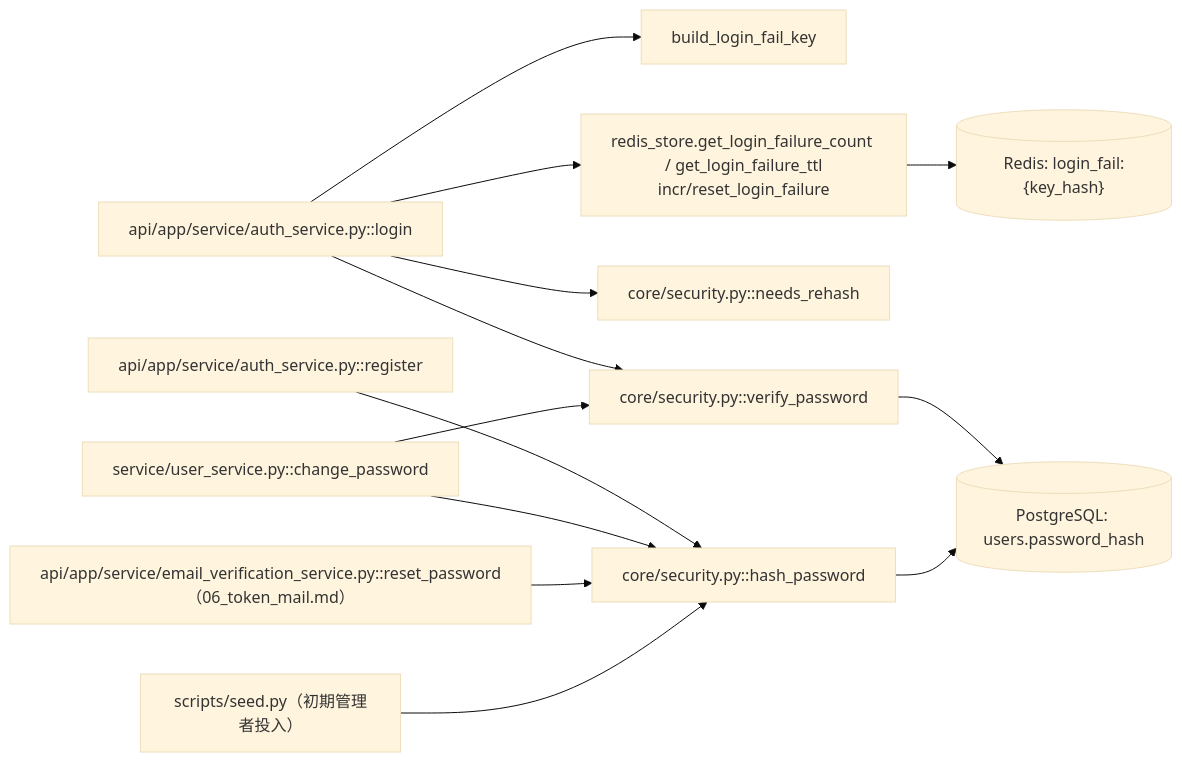
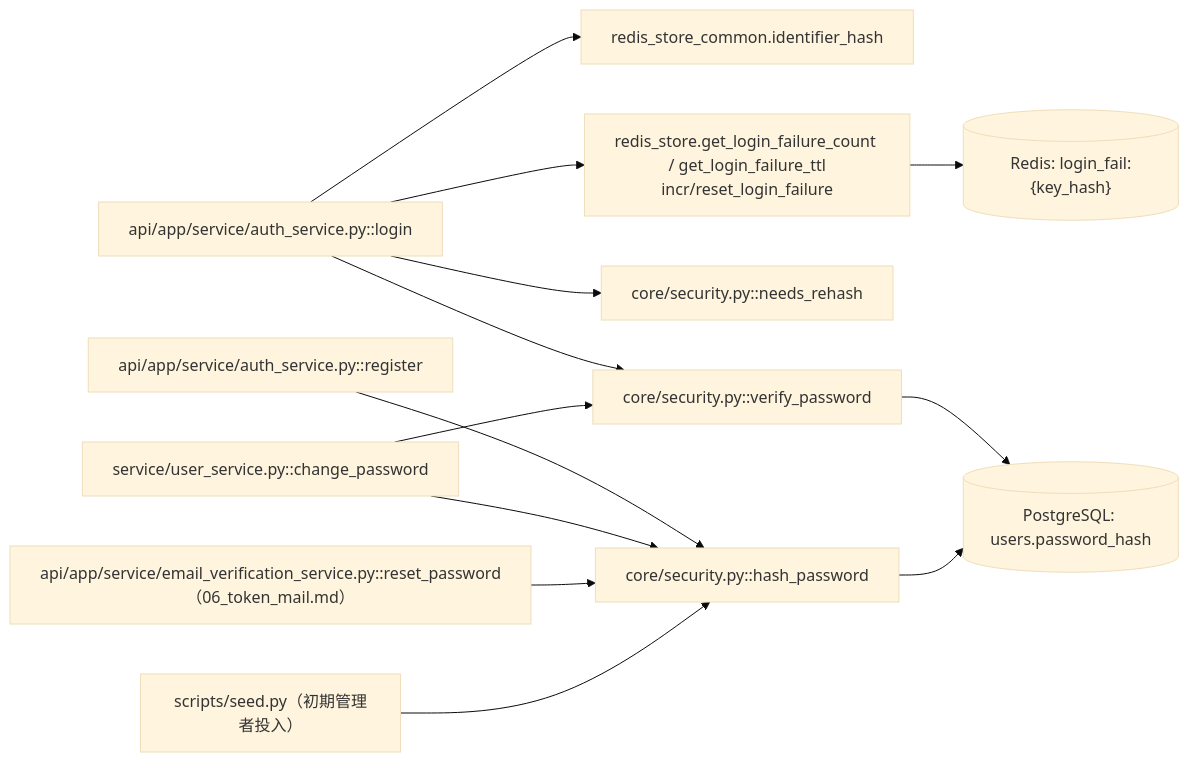
The fifth of 5 diagrams in docs/detailed_design/auth/07_password_security.md (oikawa-d/task_management), drawn with Mermaid (base theme) before and after one commit. The commit also changed other lines of this file and 11 other files, not shown here.

````diff
--- a/docs/detailed_design/auth/07_password_security.md
+++ b/docs/detailed_design/auth/07_password_security.md
@@ -224,17 +224,17 @@
 ```mermaid
 flowchart LR
-    LOGINSVC["api/app/service/auth_service.py::login"] --> BUILDKEY["build_login_fail_key"]
+    LOGINSVC["api/app/service/auth_service.py::login"] --> BUILDKEY["redis_store_common.identifier_hash"]
     LOGINSVC --> SEC1["core/security.py::verify_password"]
     LOGINSVC --> SEC2["core/security.py::needs_rehash"]
     LOGINSVC --> RS1["redis_store.get_login_failure_count / get_login_failure_ttl<br/>incr/reset_login_failure"]
 
     REGSVC["api/app/service/auth_service.py::register"] --> SEC3["core/security.py::hash_password"]
     PWCHANGESVC["service/user_service.py::change_password"] --> SEC1
     PWCHANGESVC --> SEC3
     RESETPWSVC["api/app/service/email_verification_service.py::reset_password<br/>（06_token_mail.md）"] --> SEC3
     SEEDSCRIPT["scripts/seed.py（初期管理者投入）"] --> SEC3
 
     RS1 --> RD[("Redis: login_fail:{key_hash}")]
     SEC1 --> USERSTBL[("PostgreSQL: users.password_hash")]
     SEC3 --> USERSTBL
 ```
````
